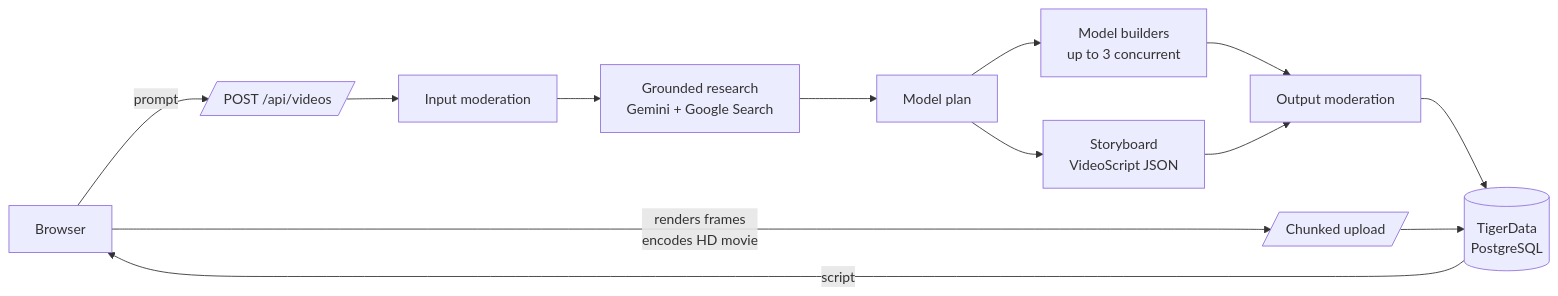
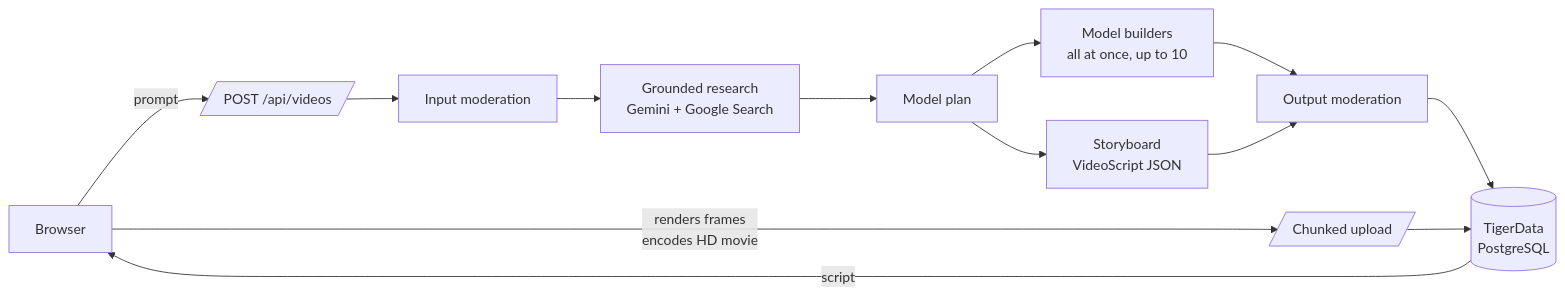
Before and after one commit to Maxwell553/SBUHacks2026: the diagram in docs/ARCHITECTURE.md, drawn with Mermaid. The commit also changed other lines of this file and 118 other files, not shown here.

````diff
--- a/docs/ARCHITECTURE.md
+++ b/docs/ARCHITECTURE.md
@@ -5,15 +5,15 @@
 ```mermaid
 flowchart LR
   U[Browser] -- prompt --> API[/POST /api/videos/]
   API --> M1[Input moderation]
   M1 --> R[Grounded research<br/>Gemini + Google Search]
   R --> P[Model plan]
-  P --> B[Model builders<br/>up to 3 concurrent]
+  P --> B[Model builders<br/>all at once, up to 10]
   P --> S[Storyboard<br/>VideoScript JSON]
   B --> M2
   S --> M2[Output moderation]
   M2 --> DB[(TigerData<br/>PostgreSQL)]
   DB -- script --> U
   U -- renders frames<br/>encodes HD movie --> UP[/Chunked upload/]
   UP --> DB
 ```
````
